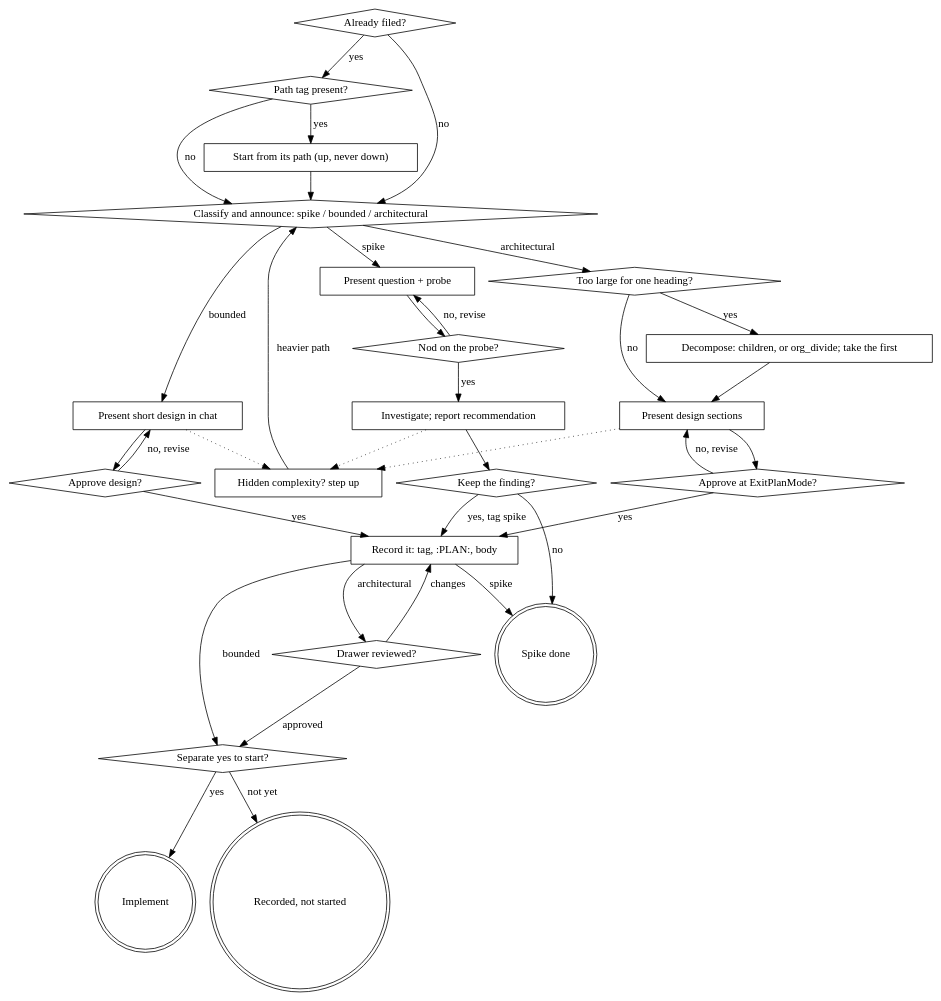
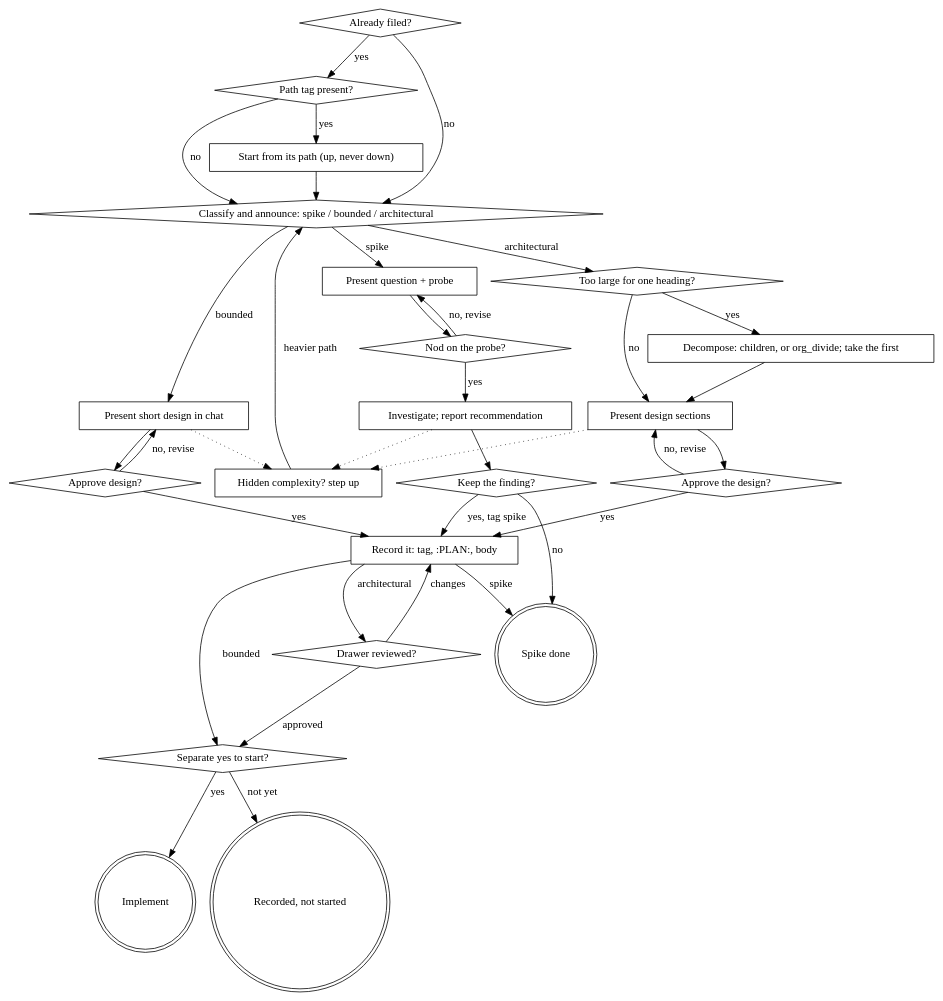
The diagram in skills/brainstorming/SKILL.md (nbest937/claude-code-ide-org.el), drawn with Graphviz before and after one commit. The commit also changed other lines of this file and 1 other file, not shown here.

First line of the commit message:
brainstorming: hold the dialogue outside Plan Mode; the approval is a yes in chat

````diff
--- a/skills/brainstorming/SKILL.md
+++ b/skills/brainstorming/SKILL.md
@@ -189,71 +199,71 @@
 ```dot
 digraph brainstorming {
     "Already filed?" [shape=diamond];
     "Path tag present?" [shape=diamond];
     "Start from its path (up, never down)" [shape=box];
     "Classify and announce: spike / bounded / architectural" [shape=diamond];
 
     "Present question + probe" [shape=box];
     "Nod on the probe?" [shape=diamond];
     "Investigate; report recommendation" [shape=box];
     "Keep the finding?" [shape=diamond];
     "Spike done" [shape=doublecircle];
 
     "Present short design in chat" [shape=box];
     "Approve design?" [shape=diamond];
 
     "Too large for one heading?" [shape=diamond];
     "Decompose: children, or org_divide; take the first" [shape=box];
     "Present design sections" [shape=box];
-    "Approve at ExitPlanMode?" [shape=diamond];
+    "Approve the design?" [shape=diamond];
     "Drawer reviewed?" [shape=diamond];
 
     "Record it: tag, :PLAN:, body" [shape=box];
     "Separate yes to start?" [shape=diamond];
     "Implement" [shape=doublecircle];
     "Recorded, not started" [shape=doublecircle];
 
     "Hidden complexity? step up" [shape=box];
 
     "Already filed?" -> "Path tag present?" [label="yes"];
     "Already filed?" -> "Classify and announce: spike / bounded / architectural" [label="no"];
     "Path tag present?" -> "Start from its path (up, never down)" [label="yes"];
     "Path tag present?" -> "Classify and announce: spike / bounded / architectural" [label="no"];
     "Start from its path (up, never down)" -> "Classify and announce: spike / bounded / architectural";
 
     "Classify and announce: spike / bounded / architectural" -> "Present question + probe" [label="spike"];
     "Classify and announce: spike / bounded / architectural" -> "Present short design in chat" [label="bounded"];
     "Classify and announce: spike / bounded / architectural" -> "Too large for one heading?" [label="architectural"];
 
     "Present question + probe" -> "Nod on the probe?";
     "Nod on the probe?" -> "Present question + probe" [label="no, revise"];
     "Nod on the probe?" -> "Investigate; report recommendation" [label="yes"];
     "Investigate; report recommendation" -> "Keep the finding?";
     "Keep the finding?" -> "Spike done" [label="no"];
     "Keep the finding?" -> "Record it: tag, :PLAN:, body" [label="yes, tag spike"];
 
     "Present short design in chat" -> "Approve design?";
     "Approve design?" -> "Present short design in chat" [label="no, revise"];
     "Approve design?" -> "Record it: tag, :PLAN:, body" [label="yes"];
 
     "Too large for one heading?" -> "Decompose: children, or org_divide; take the first" [label="yes"];
     "Decompose: children, or org_divide; take the first" -> "Present design sections";
     "Too large for one heading?" -> "Present design sections" [label="no"];
-    "Present design sections" -> "Approve at ExitPlanMode?";
-    "Approve at ExitPlanMode?" -> "Present design sections" [label="no, revise"];
-    "Approve at ExitPlanMode?" -> "Record it: tag, :PLAN:, body" [label="yes"];
+    "Present design sections" -> "Approve the design?";
+    "Approve the design?" -> "Present design sections" [label="no, revise"];
+    "Approve the design?" -> "Record it: tag, :PLAN:, body" [label="yes"];
     "Record it: tag, :PLAN:, body" -> "Drawer reviewed?" [label="architectural"];
     "Drawer reviewed?" -> "Record it: tag, :PLAN:, body" [label="changes"];
     "Drawer reviewed?" -> "Separate yes to start?" [label="approved"];
     "Record it: tag, :PLAN:, body" -> "Separate yes to start?" [label="bounded"];
     "Record it: tag, :PLAN:, body" -> "Spike done" [label="spike"];
 
     "Separate yes to start?" -> "Implement" [label="yes"];
     "Separate yes to start?" -> "Recorded, not started" [label="not yet"];
 
     "Investigate; report recommendation" -> "Hidden complexity? step up" [style=dotted];
     "Present short design in chat" -> "Hidden complexity? step up" [style=dotted];
     "Present design sections" -> "Hidden complexity? step up" [style=dotted];
     "Hidden complexity? step up" -> "Classify and announce: spike / bounded / architectural" [label="heavier path"];
 }
 ```
````
